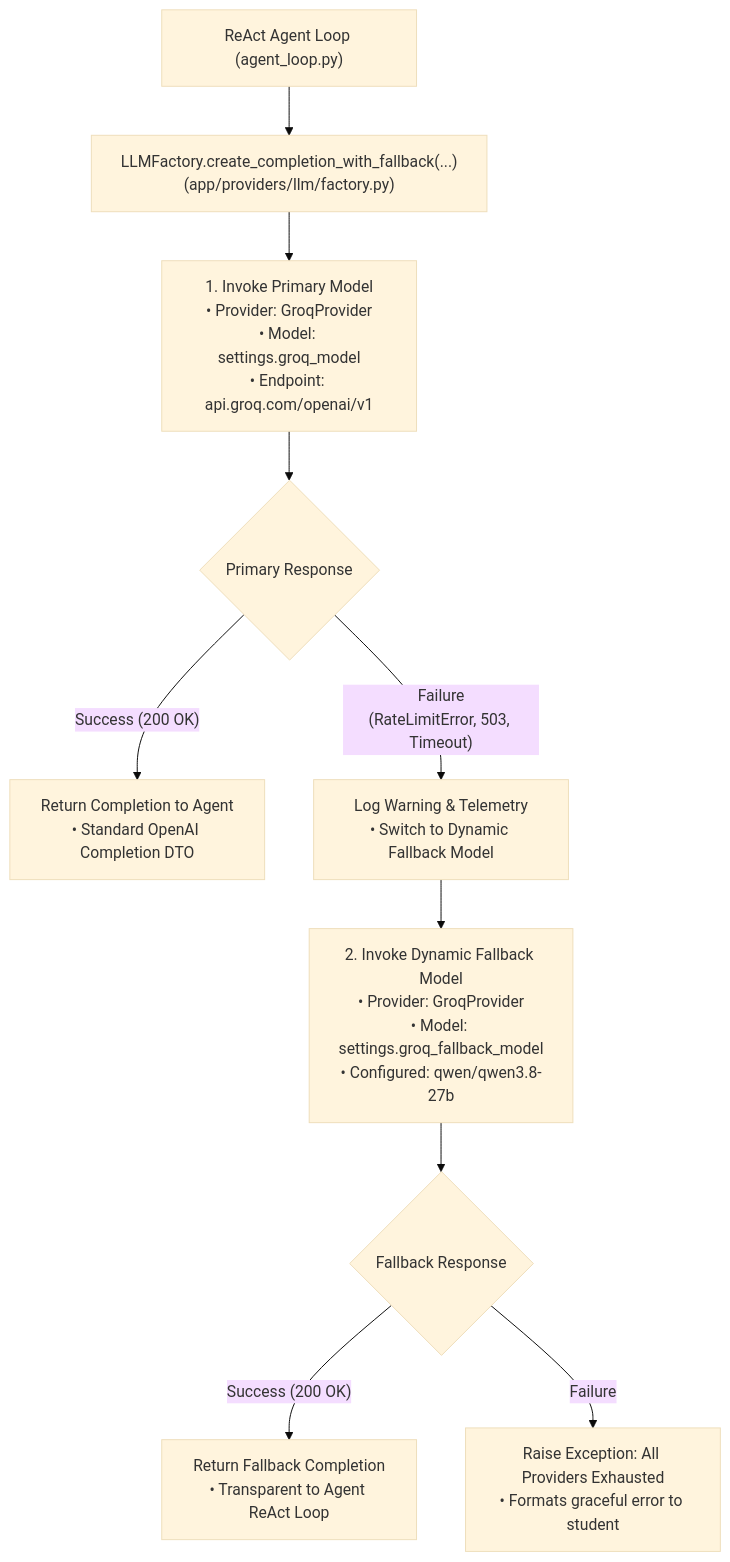
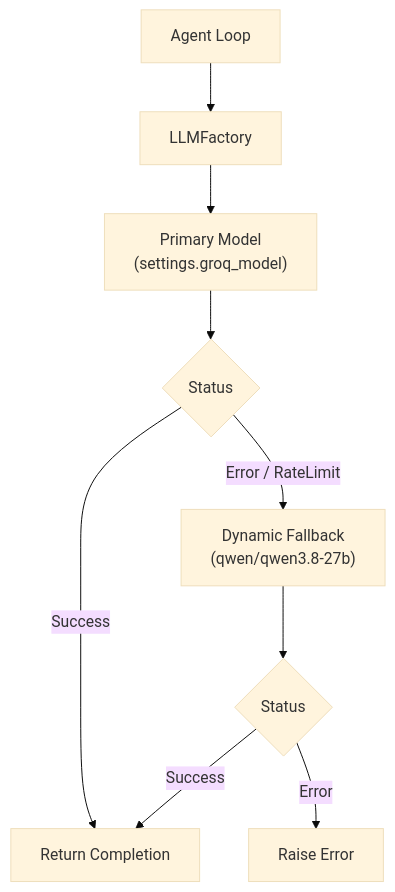
The diagram in Intelligent_Student_Support_Agent/app/providers/README.md (nakul-cloud/Intelligent_Student_Support_Agent), drawn with Mermaid (base theme) before and after one commit. The commit also changed 28 other files, not shown here.

Commit message:
feat: add Intelligent Student Support Agent backend with RAG and chat controllers

````diff
--- a/Intelligent_Student_Support_Agent/app/providers/README.md
+++ b/Intelligent_Student_Support_Agent/app/providers/README.md
@@ -28,18 +28,13 @@
 ```mermaid
 flowchart TD
-    Agent["ReAct Agent Loop (agent_loop.py)"] --> Factory["LLMFactory.create_completion_with_fallback(...)<br/>(app/providers/llm/factory.py)"]
+    Agent["Agent Loop"] --> Factory["LLMFactory"]
+    Factory --> Primary["Primary Model<br/>(settings.groq_model)"]
 
-    Factory --> TryPrimary["1. Invoke Primary Model<br/>• Provider: GroqProvider<br/>• Model: settings.groq_model<br/>• Endpoint: api.groq.com/openai/v1"]
+    Primary --> Check{"Status"}
+    Check -- "Success" --> Return["Return Completion"]
+    Check -- "Error / RateLimit" --> Fallback["Dynamic Fallback<br/>(qwen/qwen3.8-27b)"]
 
-    TryPrimary --> PrimaryStatus{"Primary Response"}
-
-    PrimaryStatus -- "Success (200 OK)" --> ReturnPrimary["Return Completion to Agent<br/>• Standard OpenAI Completion DTO"]
-    PrimaryStatus -- "Failure<br/>(RateLimitError, 503, Timeout)" --> LogWarn["Log Warning & Telemetry<br/>• Switch to Dynamic Fallback Model"]
-
-    LogWarn --> TryFallback["2. Invoke Dynamic Fallback Model<br/>• Provider: GroqProvider<br/>• Model: settings.groq_fallback_model<br/>• Configured: qwen/qwen3.8-27b"]
-
-    TryFallback --> FallbackStatus{"Fallback Response"}
-
-    FallbackStatus -- "Success (200 OK)" --> ReturnFallback["Return Fallback Completion<br/>• Transparent to Agent ReAct Loop"]
-    FallbackStatus -- "Failure" --> Error["Raise Exception: All Providers Exhausted<br/>• Formats graceful error to student"]
+    Fallback --> FallbackCheck{"Status"}
+    FallbackCheck -- "Success" --> Return
+    FallbackCheck -- "Error" --> Fail["Raise Error"]
 ```
````
